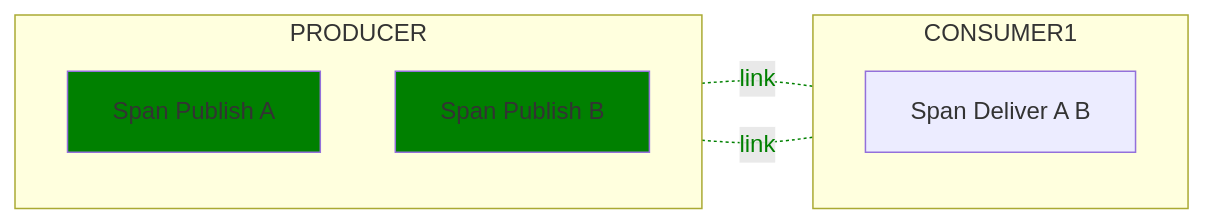
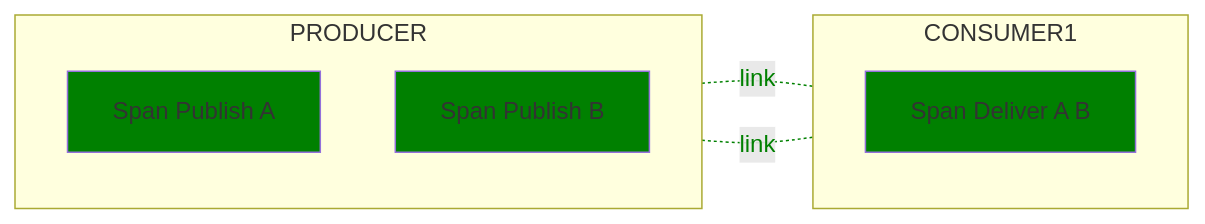
One commit to open-telemetry/semantic-conventions changed the second of 2 diagrams in docs/messaging/messaging-spans.md. Above: the diagram before and after it, drawn with Mermaid. The commit also changed other lines of this file, not shown here.

````diff
--- a/docs/messaging/messaging-spans.md
+++ b/docs/messaging/messaging-spans.md
@@ -461,18 +472,18 @@
 ```mermaid
 flowchart LR;
   subgraph PRODUCER
   direction TB
   PA[Span Publish A]
   PB[Span Publish B]
   end
   subgraph CONSUMER1
   direction TB
   D1[Span Deliver A B]
   end
   PA-. link .-D1;
   PB-. link .-D1;
 
   classDef normal fill:green
-  class PA,PB,R1 normal
+  class PA,PB,D1 normal
   linkStyle 0,1 color:green,stroke:green
 ```
````
